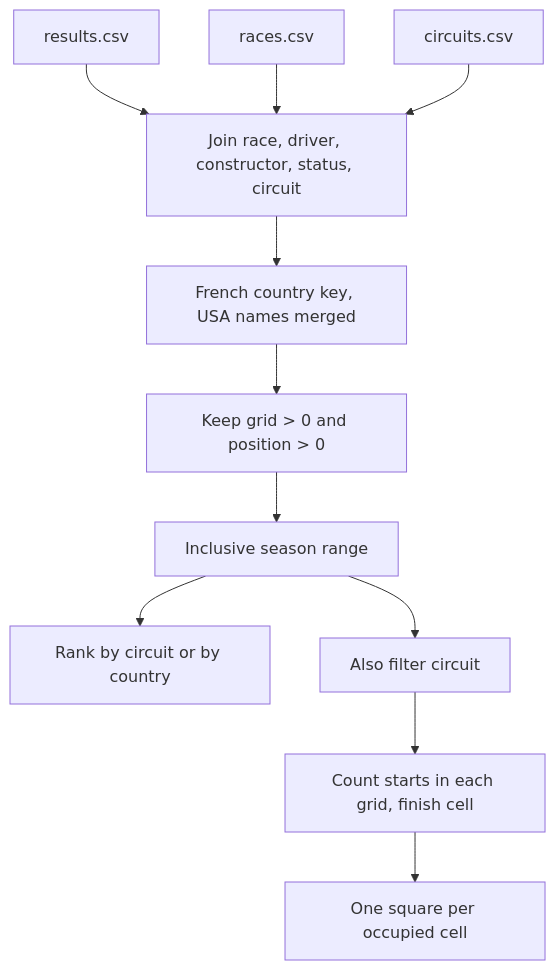
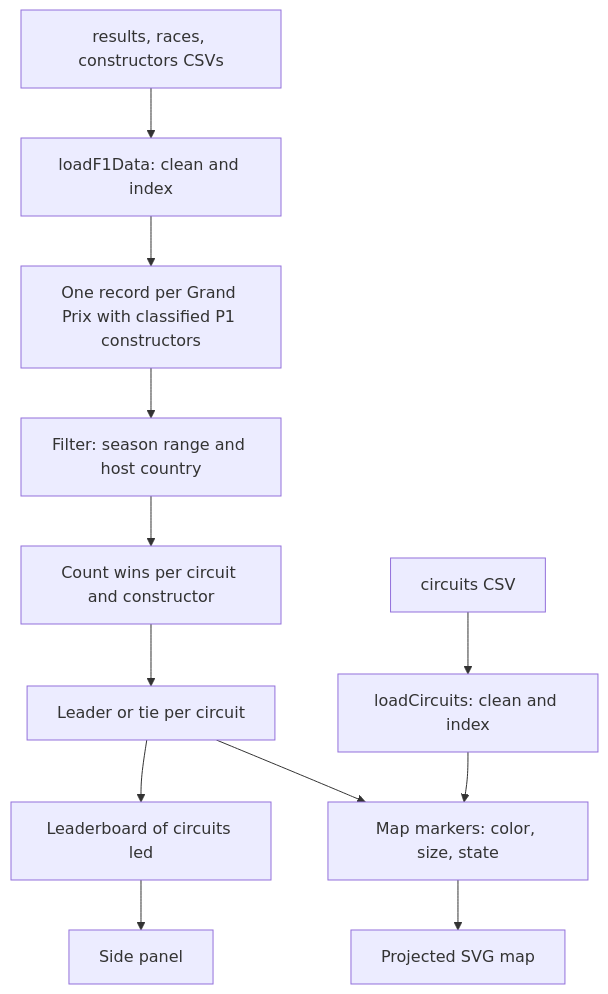
One commit to GracMatteo/DataVisualizationF1 changed the diagram in CircuitViz.md. Above: the diagram before and after it, drawn with Mermaid. The commit also changed other lines of this file and 8 other files, not shown here.

````diff
--- a/CircuitViz.md
+++ b/CircuitViz.md
@@ -58,13 +64,14 @@
 ```mermaid
 flowchart TD
-  results[results.csv] --> join[Join race, driver, constructor, status, circuit]
-  races[races.csv] --> join
-  circuits[circuits.csv] --> join
-  join --> country[French country key, USA names merged]
-  country --> keep["Keep grid > 0 and position > 0"]
-  keep --> season[Inclusive season range]
-  season --> rank[Rank by circuit or by country]
-  season --> filter[Also filter circuit]
-  filter --> bin["Count starts in each grid, finish cell"]
-  bin --> squares[One square per occupied cell]
+    A[results, races, constructors CSVs] --> B[loadF1Data: clean and index]
+    C[circuits CSV] --> D[loadCircuits: clean and index]
+    B --> E[One record per Grand Prix with classified P1 constructors]
+    E --> F[Filter: season range and host country]
+    F --> G[Count wins per circuit and constructor]
+    G --> H[Leader or tie per circuit]
+    H --> I[Leaderboard of circuits led]
+    H --> J[Map markers: color, size, state]
+    D --> J
+    J --> K[Projected SVG map]
+    I --> L[Side panel]
 ```
````
